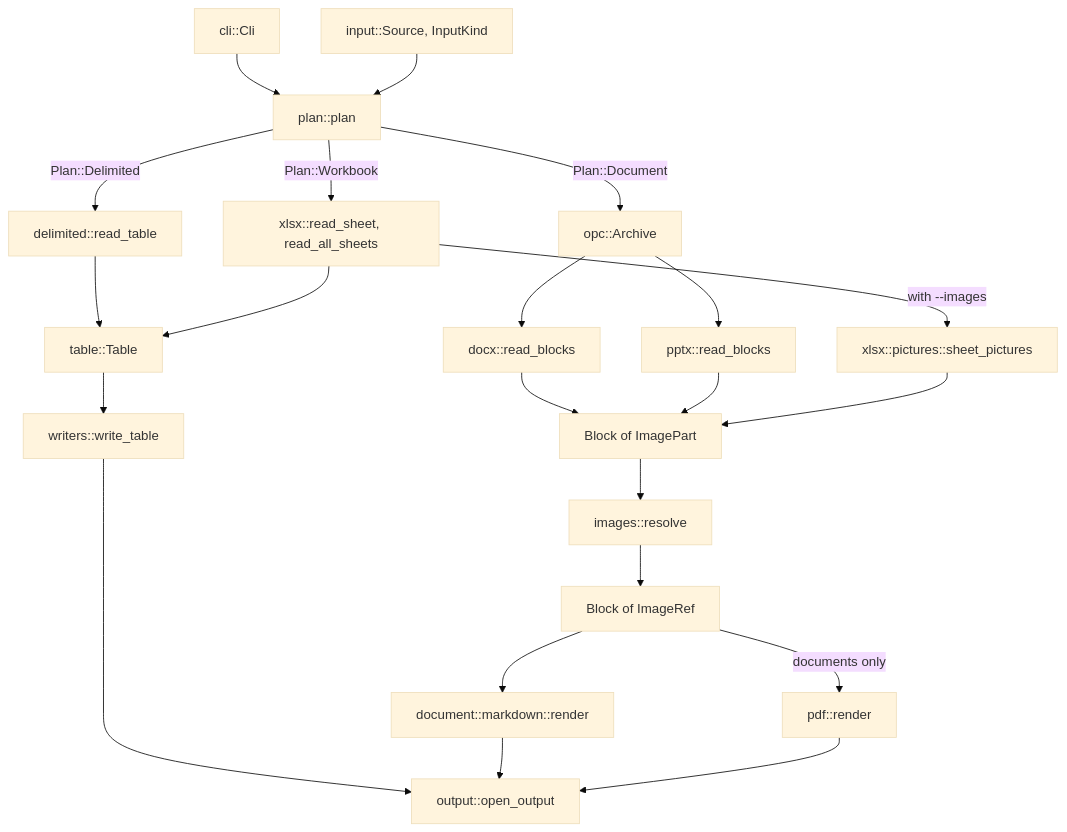
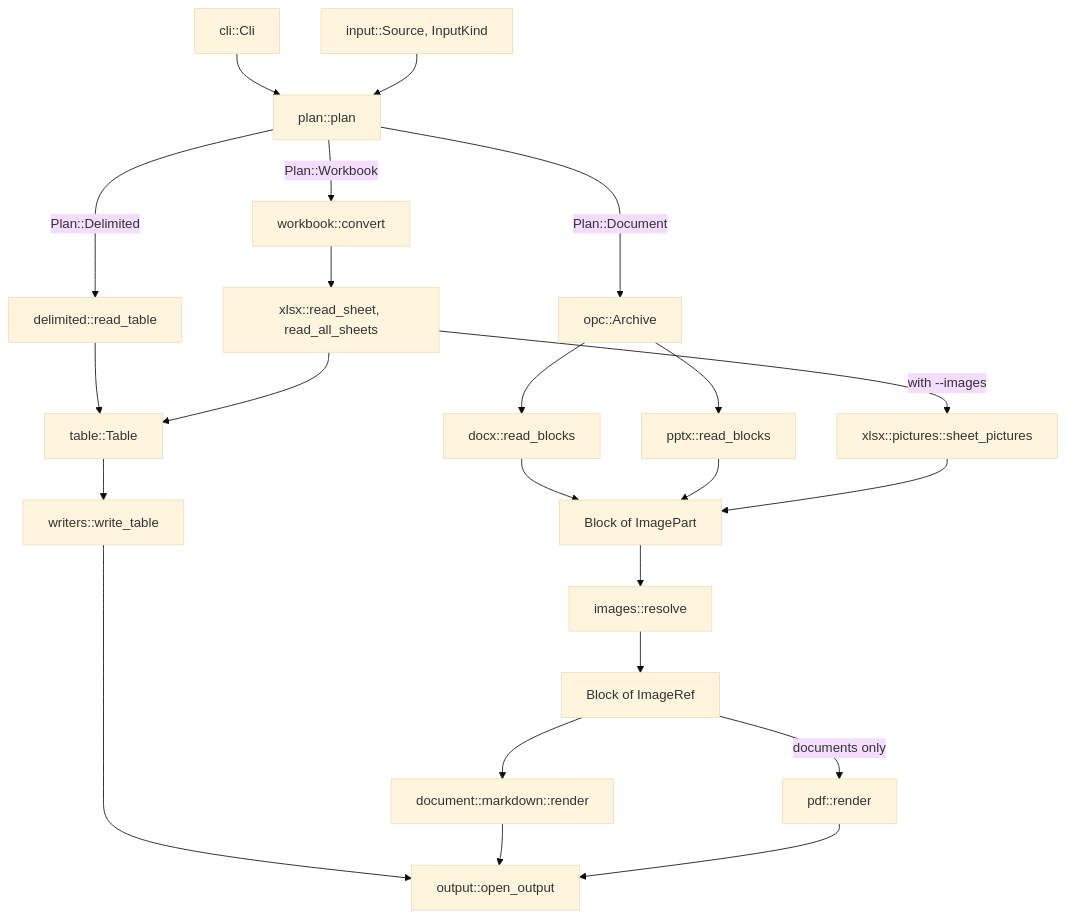
One commit to awcameron/officeconv changed the diagram in ARCHITECTURE.md. Above: the diagram before and after it, drawn with Mermaid (base theme). The commit also changed other lines of this file and 5 other files, not shown here.

````diff
--- a/ARCHITECTURE.md
+++ b/ARCHITECTURE.md
@@ -19,30 +19,31 @@
 ```mermaid
 flowchart TD
     cli["cli::Cli"] --> plan["plan::plan"]
     source["input::Source, InputKind"] --> plan
 
     plan -->|"Plan::Delimited"| delimited["delimited::read_table"]
-    plan -->|"Plan::Workbook"| xlsx["xlsx::read_sheet, read_all_sheets"]
+    plan -->|"Plan::Workbook"| workbook["workbook::convert"]
+    workbook --> xlsx["xlsx::read_sheet, read_all_sheets"]
     plan -->|"Plan::Document"| archive["opc::Archive"]
 
     archive --> docx["docx::read_blocks"]
     archive --> pptx["pptx::read_blocks"]
     docx --> blocks["Block of ImagePart"]
     pptx --> blocks
     xlsx -->|"with --images"| pictures["xlsx::pictures::sheet_pictures"]
     pictures --> blocks
 
     delimited --> table["table::Table"]
     xlsx --> table
 
     blocks --> resolve["images::resolve"]
     resolve --> resolved["Block of ImageRef"]
 
     table --> write_table["writers::write_table"]
     resolved --> markdown["document::markdown::render"]
     resolved -->|"documents only"| pdf["pdf::render"]
 
     write_table --> output["output::open_output"]
     markdown --> output
     pdf --> output
 ```
````
